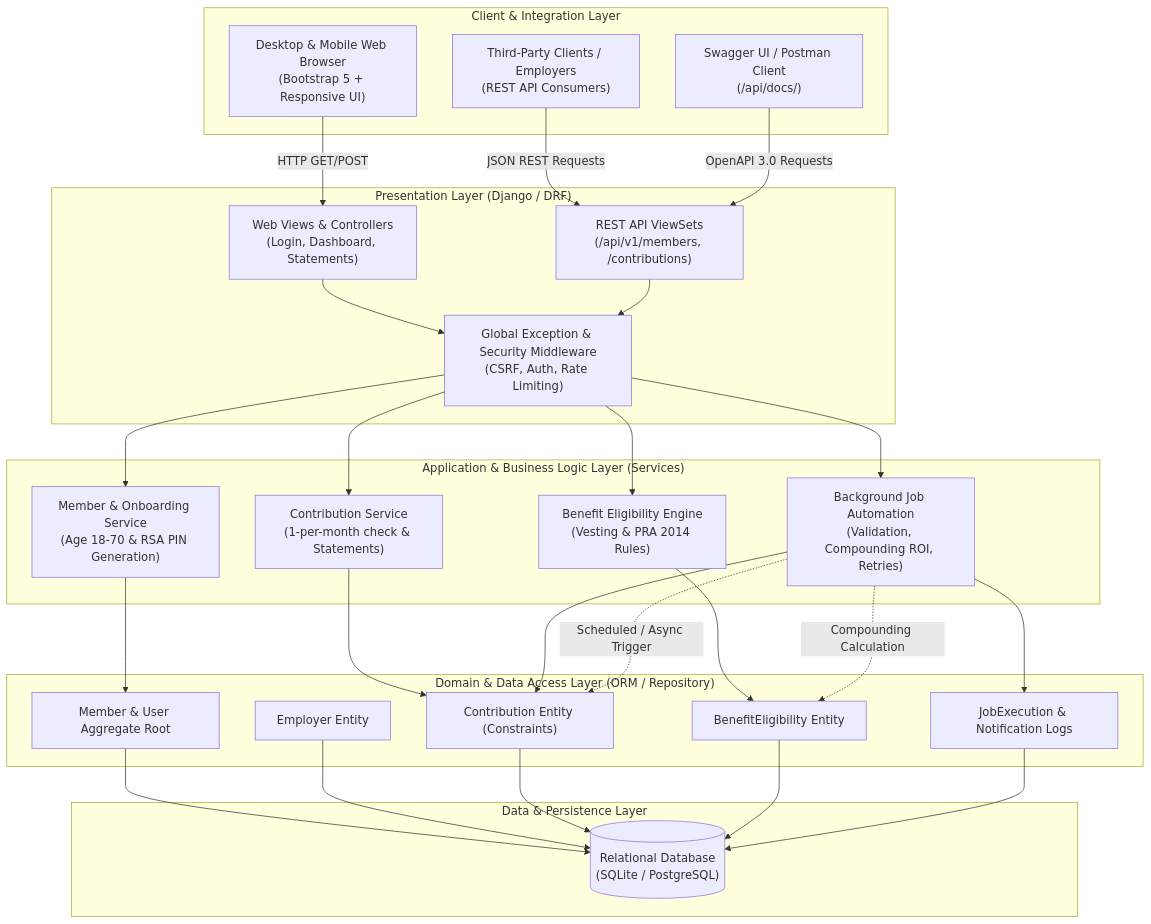
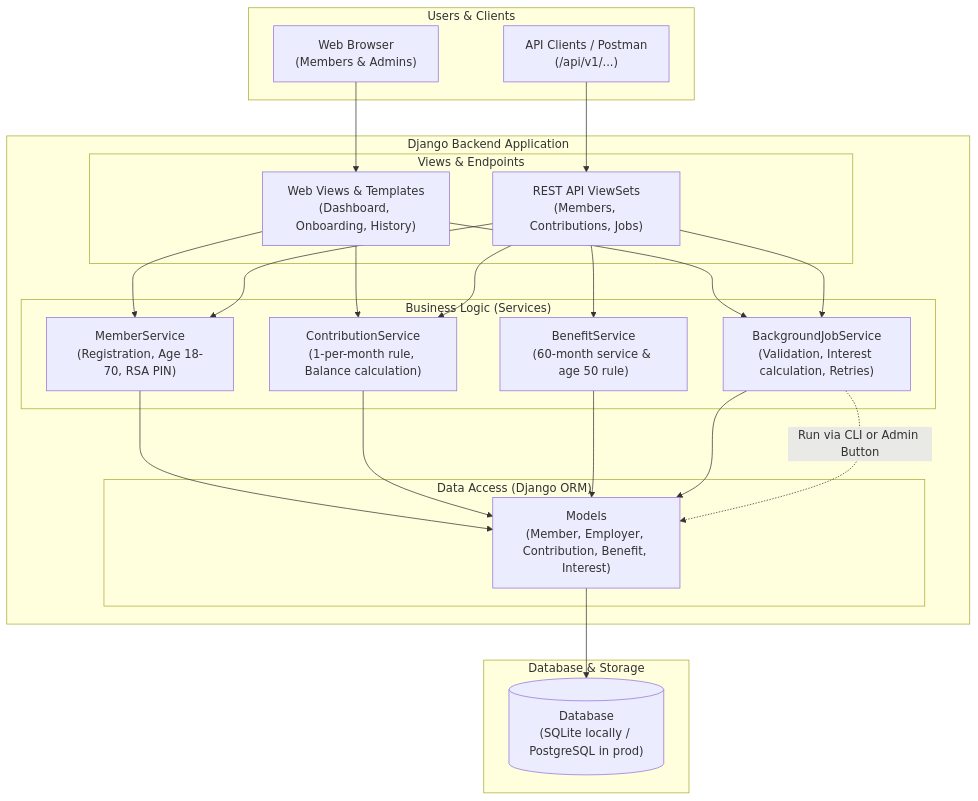
The first of 7 diagrams in SYSTEM_DESIGN.md (victorquadri123/pension-contribution-management-system), drawn with Mermaid before and after one commit. The commit also changed other lines of this file, not shown here.

Commit message:
docs: simplify system design document with clear developer notes and diagrams

````diff
--- a/SYSTEM_DESIGN.md
+++ b/SYSTEM_DESIGN.md
@@ -13,61 +19,51 @@
 ```mermaid
 flowchart TD
-    subgraph ClientLayer["Client & Integration Layer"]
-        Browser["Desktop & Mobile Web Browser\n(Bootstrap 5 + Responsive UI)"]
-        ExternalAPI["Third-Party Clients / Employers\n(REST API Consumers)"]
-        Swagger["Swagger UI / Postman Client\n(/api/docs/)"]
+    subgraph Clients["Users & Clients"]
+        WebUser["Web Browser\n(Members & Admins)"]
+        APIClient["API Clients / Postman\n(/api/v1/...)"]
     end
 
-    subgraph PresentationLayer["Presentation Layer (Django / DRF)"]
-        WebViews["Web Views & Controllers\n(Login, Dashboard, Statements)"]
-        APIViewSets["REST API ViewSets\n(/api/v1/members, /contributions)"]
-        Middlewares["Global Exception & Security Middleware\n(CSRF, Auth, Rate Limiting)"]
+    subgraph DjangoApp["Django Backend Application"]
+        subgraph WebLayer["Views & Endpoints"]
+            Views["Web Views & Templates\n(Dashboard, Onboarding, History)"]
+            API["REST API ViewSets\n(Members, Contributions, Jobs)"]
+        end
+
+        subgraph ServiceLayer["Business Logic (Services)"]
+            MemberSvc["MemberService\n(Registration, Age 18-70, RSA PIN)"]
+            ContribSvc["ContributionService\n(1-per-month rule, Balance calculation)"]
+            BenefitSvc["BenefitService\n(60-month service & age 50 rule)"]
+            JobSvc["BackgroundJobService\n(Validation, Interest calculation, Retries)"]
+        end
+
+        subgraph ModelLayer["Data Access (Django ORM)"]
+            Models["Models\n(Member, Employer, Contribution, Benefit, Interest)"]
+        end
     end
 
-    subgraph ApplicationLayer["Application & Business Logic Layer (Services)"]
-        MemberService["Member & Onboarding Service\n(Age 18-70 & RSA PIN Generation)"]
-        ContributionService["Contribution Service\n(1-per-month check & Statements)"]
-        BenefitService["Benefit Eligibility Engine\n(Vesting & PRA 2014 Rules)"]
-        JobService["Background Job Automation\n(Validation, Compounding ROI, Retries)"]
+    subgraph DataStore["Database & Storage"]
+        DB[("Database\n(SQLite locally / PostgreSQL in prod)")]
     end
 
-    subgraph DomainLayer["Domain & Data Access Layer (ORM / Repository)"]
-        MemberModel["Member & User Aggregate Root"]
-        EmployerModel["Employer Entity"]
-        ContributionModel["Contribution Entity (Constraints)"]
-        BenefitModel["BenefitEligibility Entity"]
-        JobLogModel["JobExecution & Notification Logs"]
-    end
+    WebUser --> Views
+    APIClient --> API
 
-    subgraph StorageLayer["Data & Persistence Layer"]
-        Database[("Relational Database\n(SQLite / PostgreSQL)")]
-    end
+    Views --> MemberSvc
+    Views --> ContribSvc
+    Views --> JobSvc
 
-    Browser -->|HTTP GET/POST| WebViews
-    ExternalAPI -->|JSON REST Requests| APIViewSets
-    Swagger -->|OpenAPI 3.0 Requests| APIViewSets
+    API --> MemberSvc
+    API --> ContribSvc
+    API --> BenefitSvc
+    API --> JobSvc
 
-    WebViews --> Middlewares
-    APIViewSets --> Middlewares
+    MemberSvc --> Models
+    ContribSvc --> Models
+    BenefitSvc --> Models
+    JobSvc --> Models
 
-    Middlewares --> MemberService
-    Middlewares --> ContributionService
-    Middlewares --> BenefitService
-    Middlewares --> JobService
+    Models --> DB
 
-    MemberService --> MemberModel
-    ContributionService --> ContributionModel
-    BenefitService --> BenefitModel
-    JobService --> JobLogModel
-    JobService --> ContributionModel
-
-    MemberModel --> Database
-    EmployerModel --> Database
-    ContributionModel --> Database
-    BenefitModel --> Database
-    JobLogModel --> Database
-
-    %% Highlight async background processing
-    JobService -.->|Scheduled / Async Trigger| ContributionModel
-    JobService -.->|Compounding Calculation| BenefitModel
+    %% Async/Background Job Flow
+    JobSvc -.->|Run via CLI or Admin Button| Models
 ```
````
